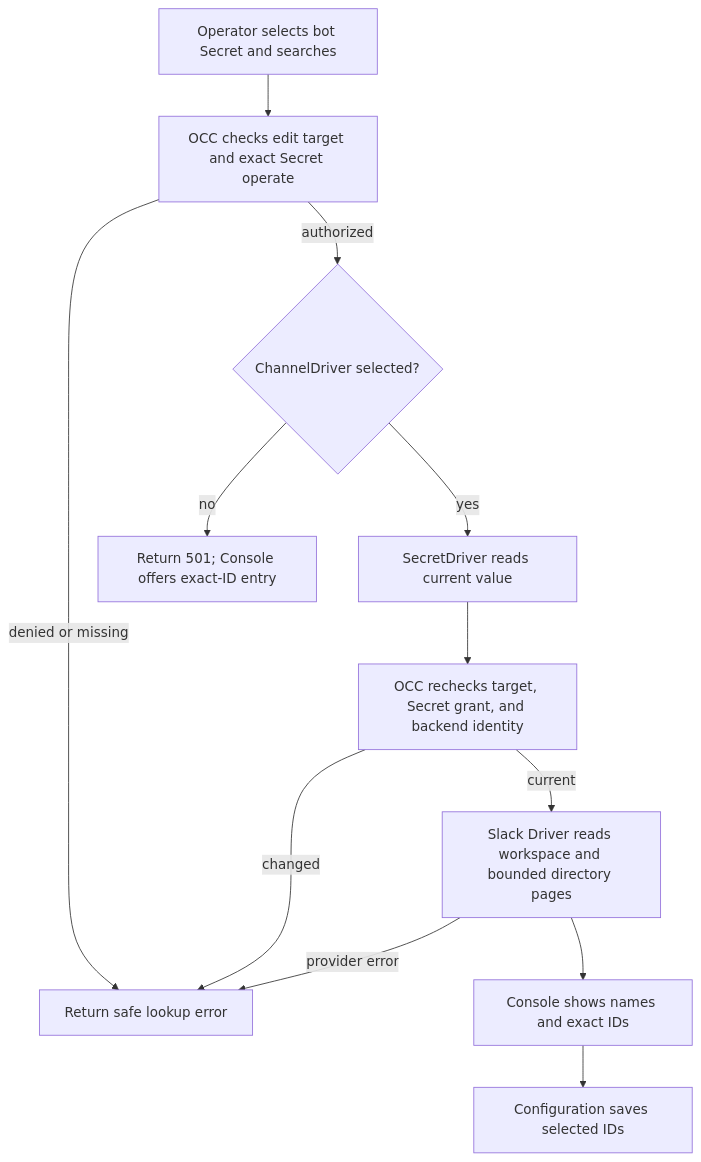
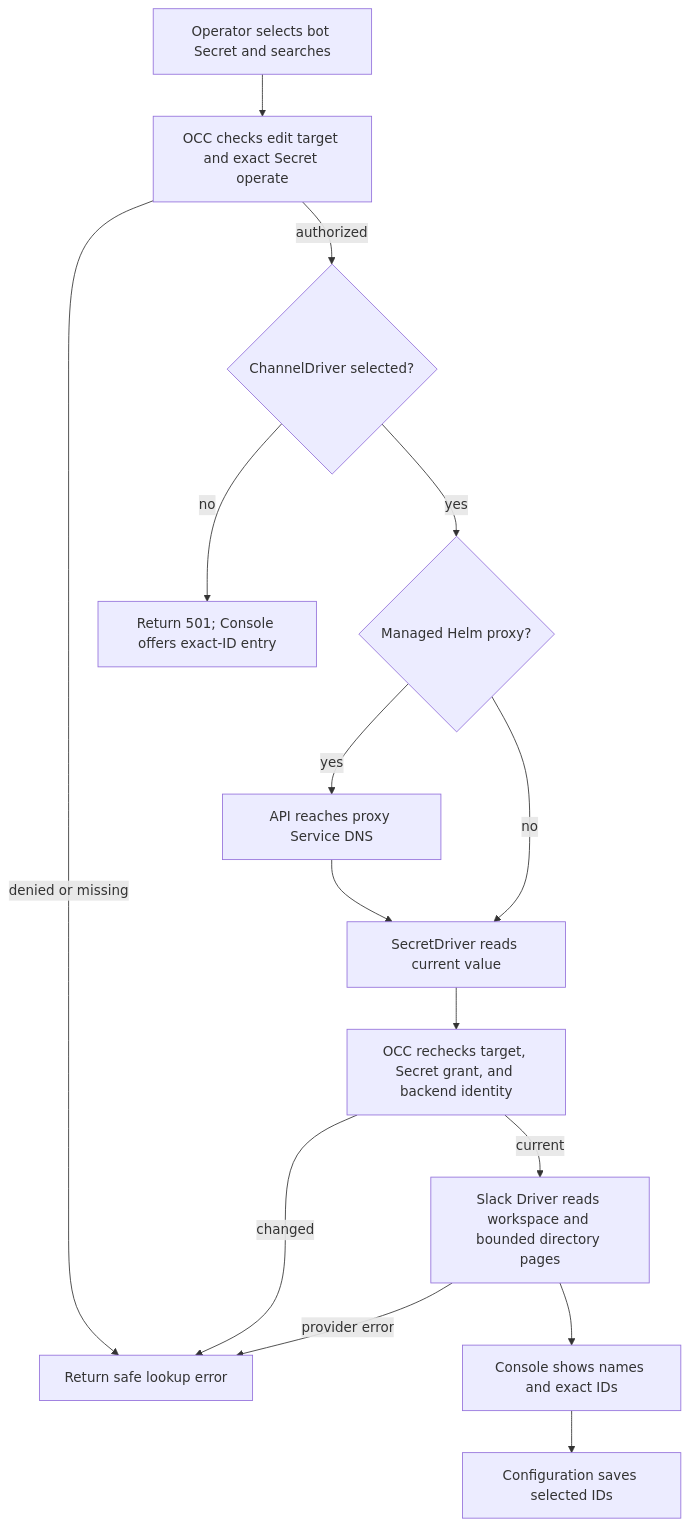
One commit to IsaiahStapleton/openclaw-enterprise changed the diagram in docs/flows/agent-channel-directory.md. Above: the diagram before and after it, drawn with Mermaid. The commit also changed other lines of this file and 35 other files, not shown here.

````diff
--- a/docs/flows/agent-channel-directory.md
+++ b/docs/flows/agent-channel-directory.md
@@ -30,14 +30,17 @@
 ```mermaid
 graph TD
   A["Operator selects bot Secret and searches"] --> B["OCC checks edit target and exact Secret operate"]
   B -->|denied or missing| X["Return safe lookup error"]
   B -->|authorized| P{"ChannelDriver selected?"}
   P -->|no| U["Return 501; Console offers exact-ID entry"]
-  P -->|yes| C["SecretDriver reads current value"]
+  P -->|yes| M{"Managed Helm proxy?"}
+  M -->|yes| H["API reaches proxy Service DNS"]
+  M -->|no| C["API reaches external proxy IP"]
+  H --> C["SecretDriver reads current value"]
   C --> D["OCC rechecks target, Secret grant, and backend identity"]
   D -->|changed| X
   D -->|current| E["Slack Driver reads workspace and bounded directory pages"]
   E -->|provider error| X
   E --> F["Console shows names and exact IDs"]
   F --> G["Configuration saves selected IDs"]
 ```
````
